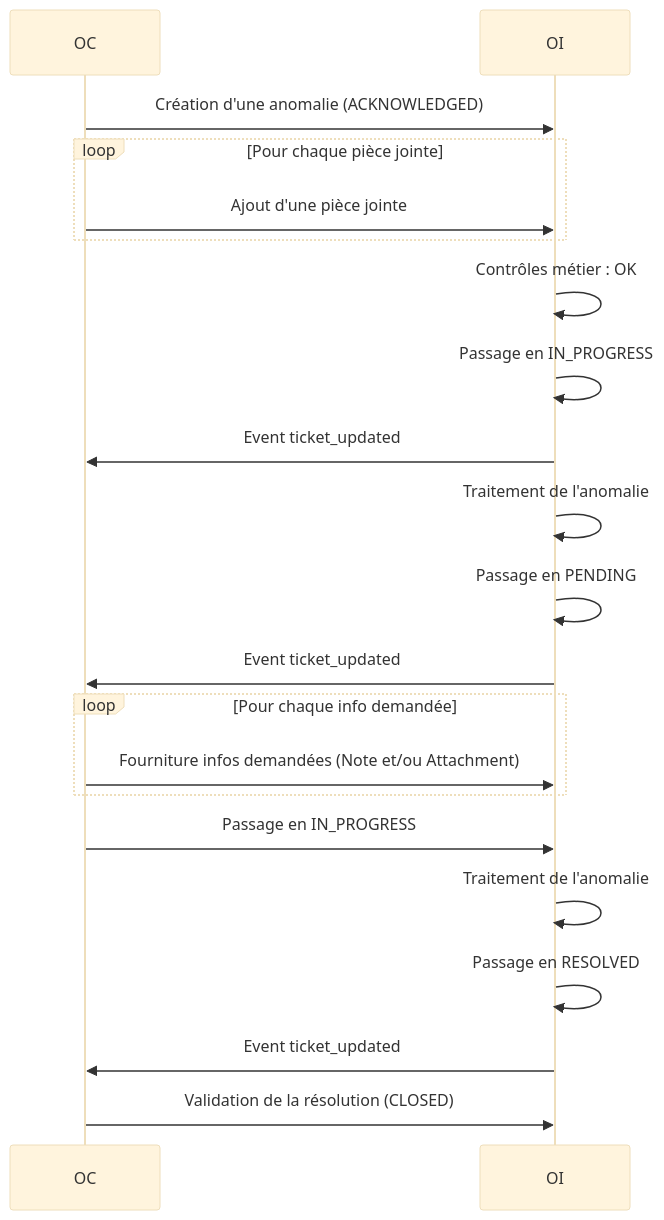
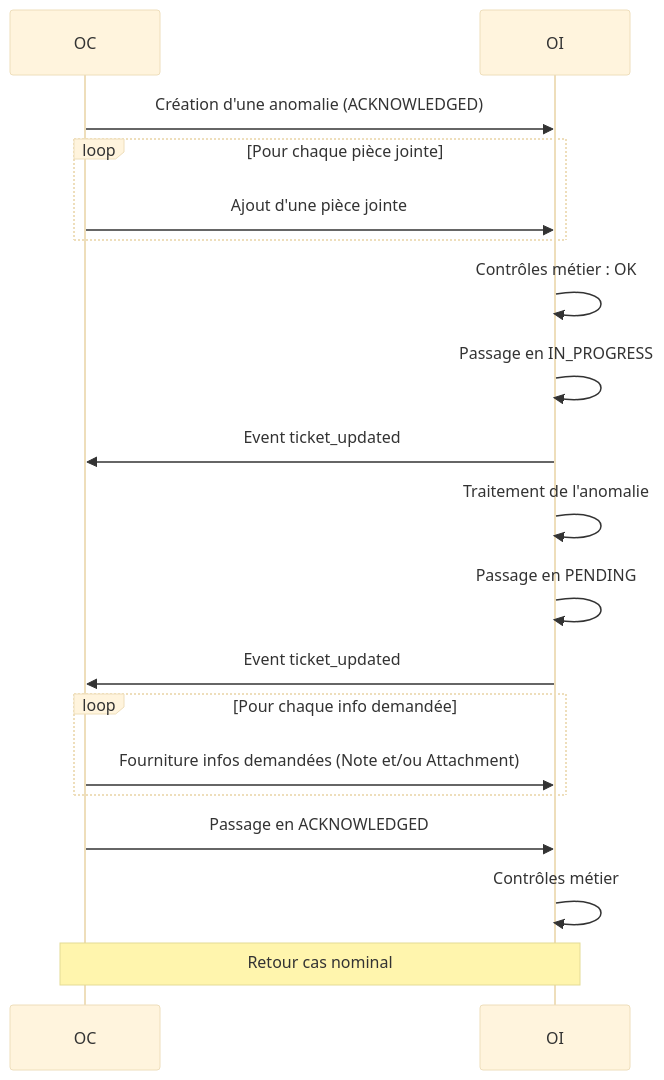
The second of 5 diagrams in README.md (before-interop/anomalieAdresse), drawn with Mermaid (base theme) before and after one commit. The commit also changed other lines of this file, not shown here.

Commit message:
Transitions incorrectes dans les exemples du README

````diff
--- a/README.md
+++ b/README.md
@@ -56,31 +56,29 @@
 ```mermaid
 sequenceDiagram
 
   participant OC
   participant OI
 
   OC->>OI: Création d'une anomalie (ACKNOWLEDGED)
   loop Pour chaque pièce jointe
     OC->>OI: Ajout d'une pièce jointe
   end
 
   OI->>OI: Contrôles métier : OK
   OI->>OI: Passage en IN_PROGRESS
   OI->>OC: Event ticket_updated
 
   OI->>OI: Traitement de l'anomalie
 
   OI->>OI: Passage en PENDING
   OI->>OC: Event ticket_updated
 
   loop Pour chaque info demandée
     OC->>OI: Fourniture infos demandées (Note et/ou Attachment)
   end
-  OC->>OI: Passage en IN_PROGRESS
+  OC->>OI: Passage en ACKNOWLEDGED
 
-  OI->>OI: Traitement de l'anomalie
-  OI->>OI: Passage en RESOLVED
-  OI->>OC: Event ticket_updated
+  OI->>OI: Contrôles métier
 
-  OC->>OI: Validation de la résolution (CLOSED)
+  Note over OC, OI: Retour cas nominal
 ```
````
